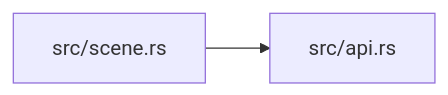
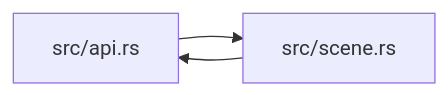
Before and after one commit to xcrtp/zela: the diagram in docs/modules/zela-render-vector.md, drawn with Mermaid. The commit also changed other lines of this file and 4 other files, not shown here.

````diff
--- a/docs/modules/zela-render-vector.md
+++ b/docs/modules/zela-render-vector.md
@@ -33,6 +33,7 @@
 ```mermaid
 graph LR
-    f1["src/api.rs"]
-    f0["src/scene.rs"]
+    f0["src/api.rs"]
+    f1["src/scene.rs"]
     f0 --> f1
+    f1 --> f0
 ```
````
